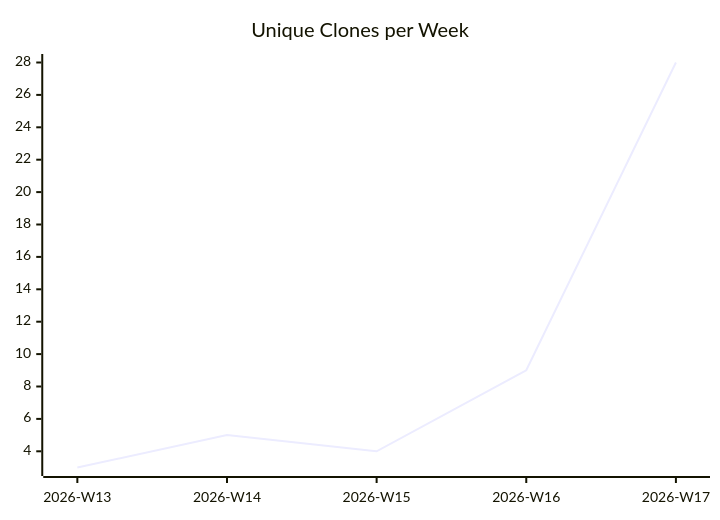
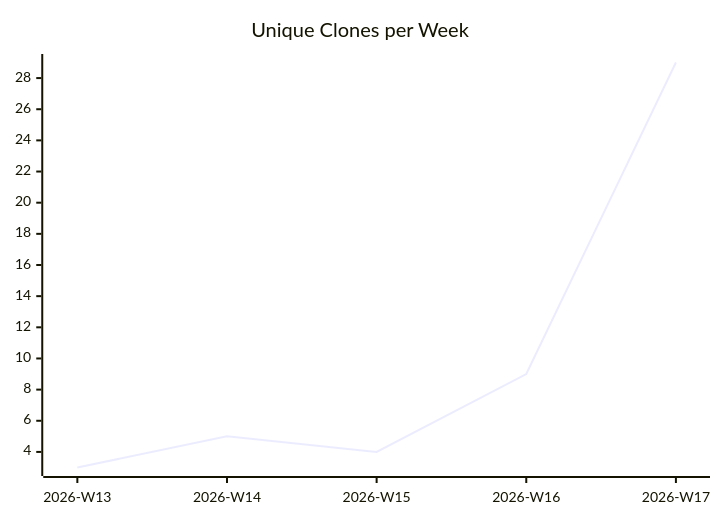
The third of 3 diagrams in karlmdavis/dotfiles/README.md (justdavis-family/github-analytics-data), drawn with Mermaid before and after one commit. The commit also changed other lines of this file and 154 other files, not shown here.

````diff
--- a/karlmdavis/dotfiles/README.md
+++ b/karlmdavis/dotfiles/README.md
@@ -19,6 +19,6 @@
 ```mermaid
 xychart-beta
   title "Unique Clones per Week"
   x-axis ["2026-W13", "2026-W14", "2026-W15", "2026-W16", "2026-W17"]
-  line [3, 5, 4, 9, 28]
+  line [3, 5, 4, 9, 29]
 ```
````
